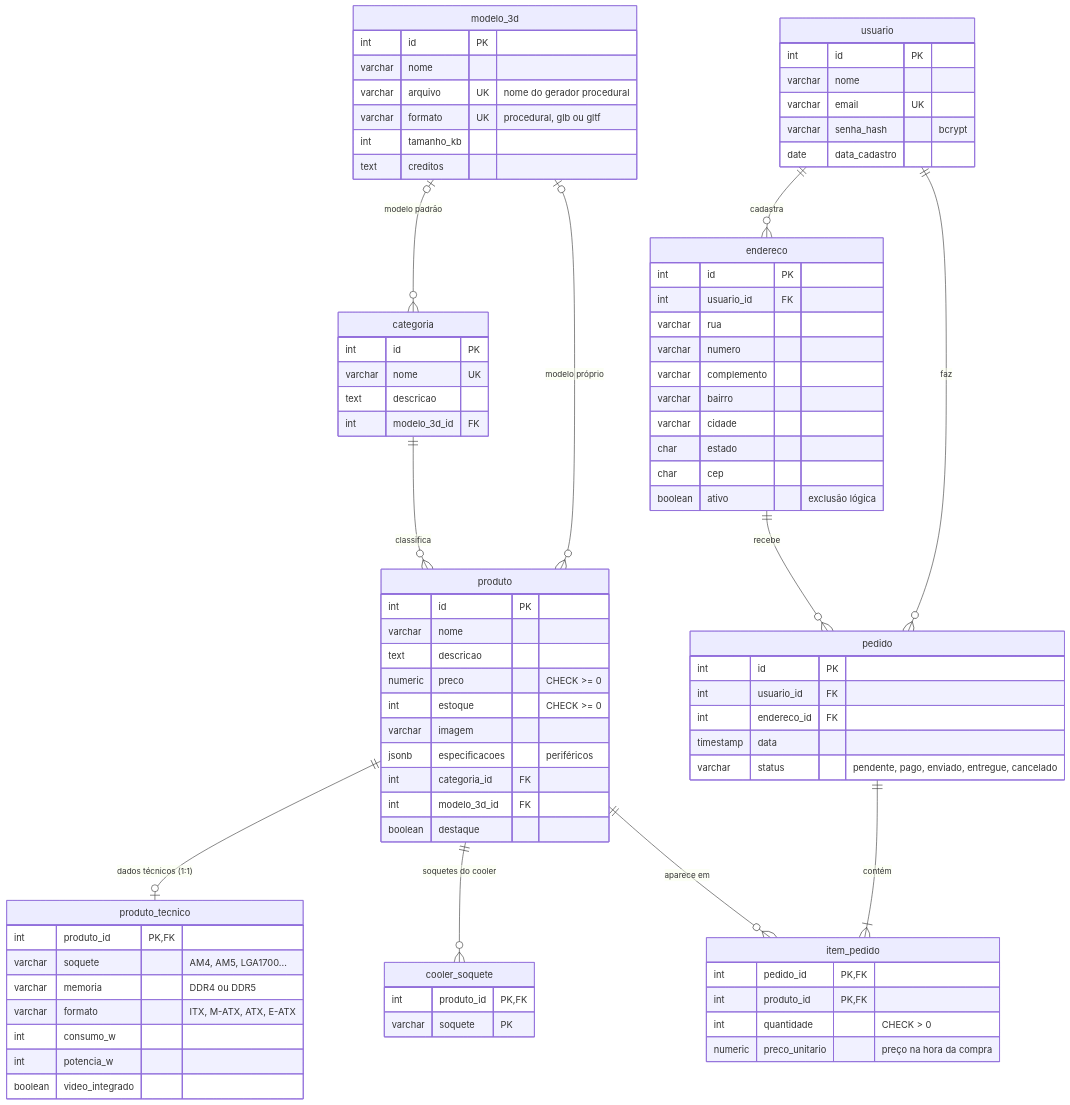
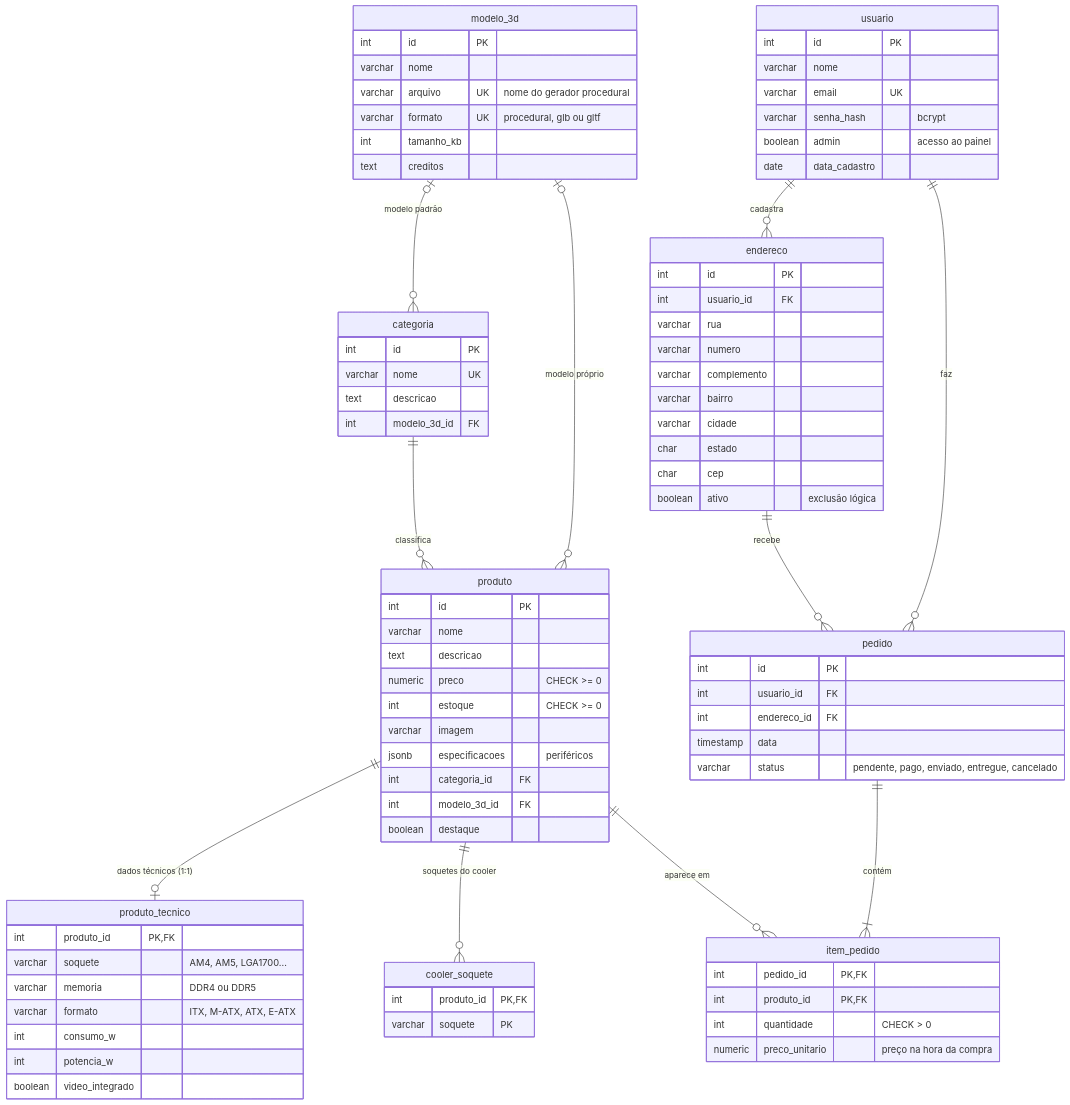
The diagram in ecommerce-pc-main/docs/der.mmd (VinicyusRo/e-commerce_trabalho), drawn with Mermaid before and after one commit. The commit also changed 14 other files, not shown here.

```diff
--- a/ecommerce-pc-main/docs/der.mmd
+++ b/ecommerce-pc-main/docs/der.mmd
@@ -1,83 +1,84 @@
 erDiagram
     modelo_3d |o--o{ categoria : "modelo padrão"
     modelo_3d |o--o{ produto : "modelo próprio"
     categoria ||--o{ produto : "classifica"
     produto ||--o| produto_tecnico : "dados técnicos (1:1)"
     produto ||--o{ cooler_soquete : "soquetes do cooler"
     usuario ||--o{ endereco : "cadastra"
     usuario ||--o{ pedido : "faz"
     endereco ||--o{ pedido : "recebe"
     pedido ||--|{ item_pedido : "contém"
     produto ||--o{ item_pedido : "aparece em"
 
     modelo_3d {
         int id PK
         varchar nome
         varchar arquivo UK "nome do gerador procedural"
         varchar formato UK "procedural, glb ou gltf"
         int tamanho_kb
         text creditos
     }
     categoria {
         int id PK
         varchar nome UK
         text descricao
         int modelo_3d_id FK
     }
     produto {
         int id PK
         varchar nome
         text descricao
         numeric preco "CHECK >= 0"
         int estoque "CHECK >= 0"
         varchar imagem
         jsonb especificacoes "periféricos"
         int categoria_id FK
         int modelo_3d_id FK
         boolean destaque
     }
     produto_tecnico {
         int produto_id PK, FK
         varchar soquete "AM4, AM5, LGA1700..."
         varchar memoria "DDR4 ou DDR5"
         varchar formato "ITX, M-ATX, ATX, E-ATX"
         int consumo_w
         int potencia_w
         boolean video_integrado
     }
     cooler_soquete {
         int produto_id PK, FK
         varchar soquete PK
     }
     usuario {
         int id PK
         varchar nome
         varchar email UK
         varchar senha_hash "bcrypt"
+        boolean admin "acesso ao painel"
         date data_cadastro
     }
     endereco {
         int id PK
         int usuario_id FK
         varchar rua
         varchar numero
         varchar complemento
         varchar bairro
         varchar cidade
         char estado
         char cep
         boolean ativo "exclusão lógica"
     }
     pedido {
         int id PK
         int usuario_id FK
         int endereco_id FK
         timestamp data
         varchar status "pendente, pago, enviado, entregue, cancelado"
     }
     item_pedido {
         int pedido_id PK, FK
         int produto_id PK, FK
         int quantidade "CHECK > 0"
         numeric preco_unitario "preço na hora da compra"
     }
```
